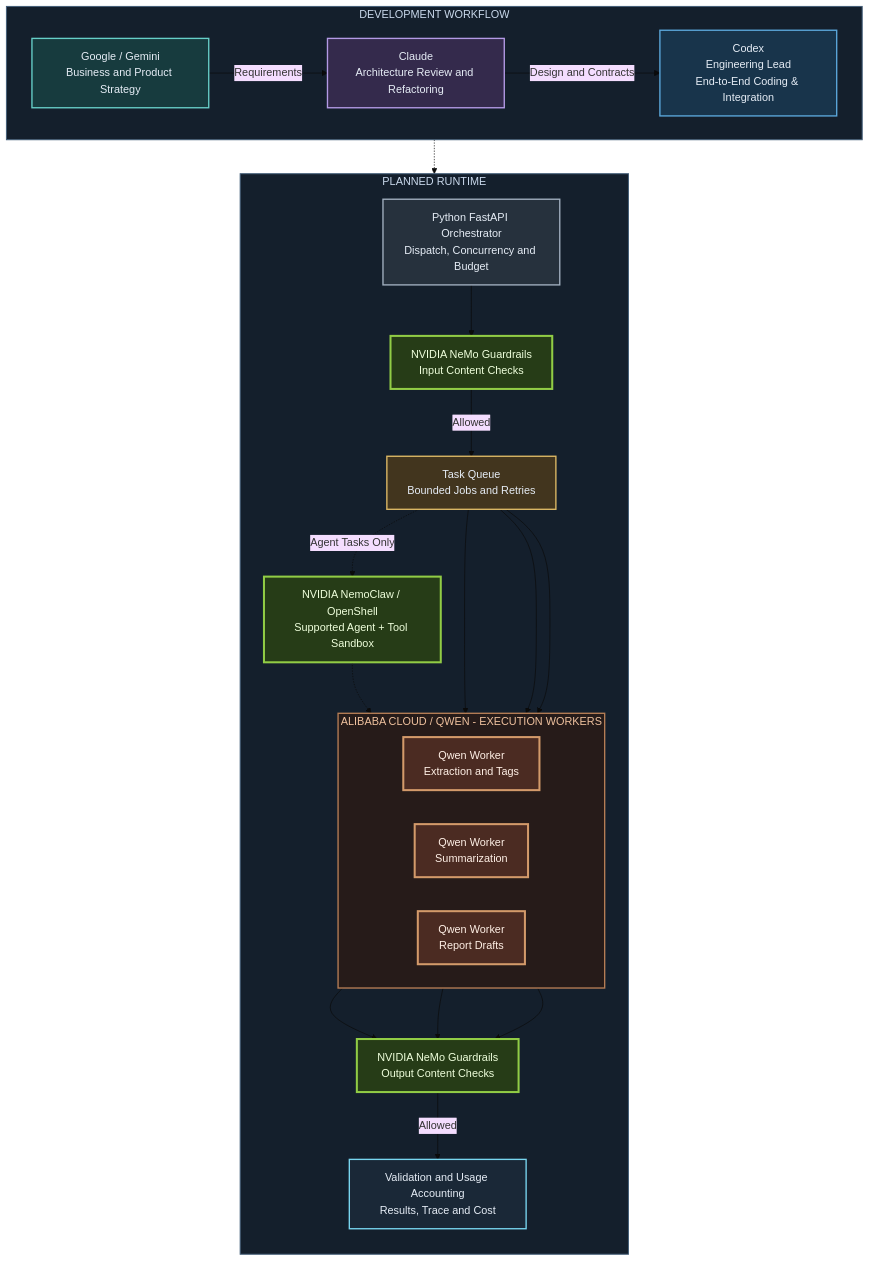
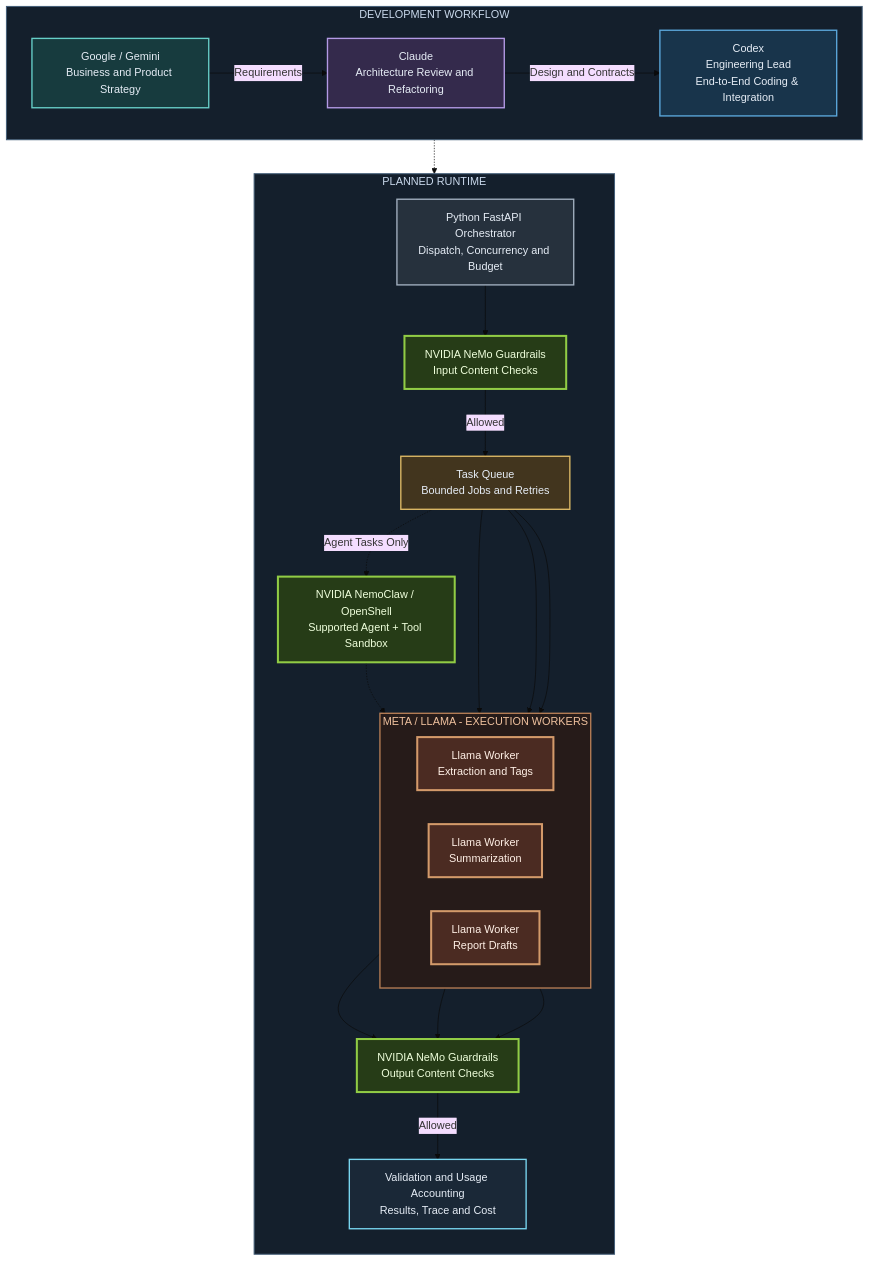
One commit to ai-agent-orchestrator/ai-multi-agent-orchestration changed the diagram in assets/diagrams/orchestration-architecture-dark.mmd. Above: the diagram before and after it, drawn with Mermaid (base theme). The commit also changed 7 other files, not shown here.

Commit message:
docs: replace Qwen workers with Meta Llama in orchestration diagrams

```diff
--- a/assets/diagrams/orchestration-architecture-dark.mmd
+++ b/assets/diagrams/orchestration-architecture-dark.mmd
@@ -1,57 +1,57 @@
 flowchart TB
     subgraph Development["DEVELOPMENT WORKFLOW"]
         direction LR
         Google["Google / Gemini<br/>Business and Product Strategy"]
         Claude["Claude<br/>Architecture Review and Refactoring"]
         Codex["Codex<br/>Engineering Lead<br/>End-to-End Coding & Integration"]
         Google -->|"Requirements"| Claude
         Claude -->|"Design and Contracts"| Codex
     end
 
     Codex -.-> Python
 
     subgraph Runtime["PLANNED RUNTIME"]
         direction TB
         Python["Python FastAPI Orchestrator<br/>Dispatch, Concurrency and Budget"]
         InputRails["NVIDIA NeMo Guardrails<br/>Input Content Checks"]
         Queue["Task Queue<br/>Bounded Jobs and Retries"]
         Sandbox["NVIDIA NemoClaw / OpenShell<br/>Supported Agent + Tool Sandbox"]
-        subgraph Workers["ALIBABA CLOUD / QWEN - EXECUTION WORKERS"]
+        subgraph Workers["META / LLAMA - EXECUTION WORKERS"]
             direction LR
-            W1["Qwen Worker<br/>Extraction and Tags"]
-            W2["Qwen Worker<br/>Summarization"]
-            W3["Qwen Worker<br/>Report Drafts"]
+            W1["Llama Worker<br/>Extraction and Tags"]
+            W2["Llama Worker<br/>Summarization"]
+            W3["Llama Worker<br/>Report Drafts"]
         end
         Validate["Validation and Usage Accounting<br/>Results, Trace and Cost"]
         OutputRails["NVIDIA NeMo Guardrails<br/>Output Content Checks"]
         Python --> InputRails -->|"Allowed"| Queue
         Queue -.->|"Agent Tasks Only"| Sandbox
         Sandbox -.-> W2
         Queue --> W1
         Queue --> W2
         Queue --> W3
         W1 --> OutputRails
         W2 --> OutputRails
         W3 --> OutputRails
         OutputRails -->|"Allowed"| Validate
     end
 
     classDef strategy fill:#173b3e,stroke:#66cfc8,stroke-width:2px,color:#e6edf6
     classDef architecture fill:#342a4c,stroke:#b39ae5,stroke-width:2px,color:#e6edf6
     classDef engineering fill:#18344b,stroke:#5ba7db,stroke-width:2px,color:#e6edf6
     classDef python fill:#26313d,stroke:#a1afbf,stroke-width:2px,color:#e6edf6
     classDef nvidia fill:#263c17,stroke:#91cc45,stroke-width:3px,color:#efffdc
     classDef worker fill:#4b2b22,stroke:#d39a6a,stroke-width:3px,color:#fff0e6
     classDef control fill:#42351e,stroke:#ddb965,stroke-width:2px,color:#e6edf6
     classDef result fill:#1a2837,stroke:#78d5ef,stroke-width:2px,color:#e6edf6
     class Google strategy
     class Claude architecture
     class Codex engineering
     class Python python
     class InputRails,OutputRails,Sandbox nvidia
     class Queue control
     class W1,W2,W3 worker
     class Validate result
     style Development fill:#141f2c,stroke:#455f79,stroke-width:1.5px,color:#c9d8eb
     style Runtime fill:#141f2c,stroke:#455f79,stroke-width:1.5px,color:#c9d8eb
     style Workers fill:#261b19,stroke:#b57d55,stroke-width:2px,color:#efc19e
```
